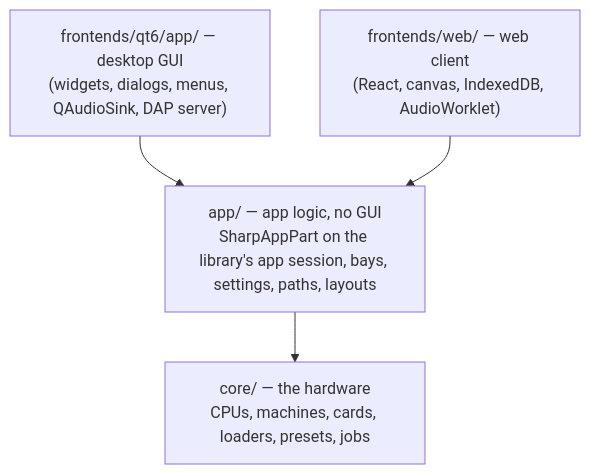
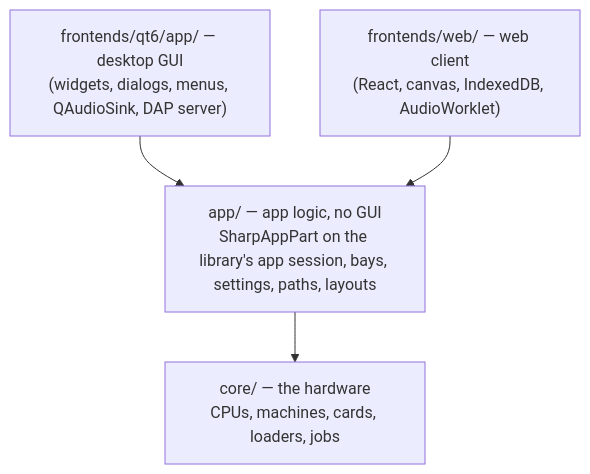
One commit to tinue/calc-u changed the diagram in products/calc-u-1600/docs/developer/Shared-Architecture.md. Above: the diagram before and after it, drawn with Mermaid. The commit also changed other lines of this file and 20 other files, not shown here.

````diff
--- a/products/calc-u-1600/docs/developer/Shared-Architecture.md
+++ b/products/calc-u-1600/docs/developer/Shared-Architecture.md
@@ -7,10 +7,10 @@
 ```mermaid
 flowchart TB
     Qt["frontends/qt6/app/ — desktop GUI<br/>(widgets, dialogs, menus, QAudioSink, DAP server)"]
     Web["frontends/web/ — web client<br/>(React, canvas, IndexedDB, AudioWorklet)"]
     Shared["app/ — app logic, no GUI<br/>SharpAppPart on the library's app session, bays, settings, paths, layouts"]
-    Core["core/ — the hardware<br/>CPUs, machines, cards, loaders, presets, jobs"]
+    Core["core/ — the hardware<br/>CPUs, machines, cards, loaders, jobs"]
     Qt --> Shared
     Web --> Shared
     Shared --> Core
 ```
````
